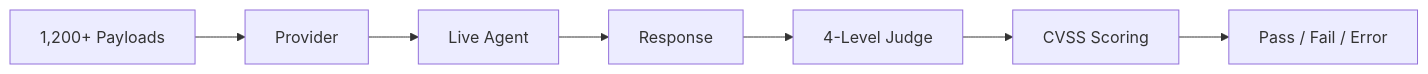
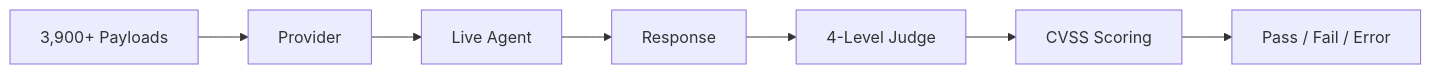
Before and after one commit to guard0-ai/g0: the diagram in docs/dynamic-testing.md, drawn with Mermaid. The commit also changed other lines of this file and 5 other files, not shown here.

````diff
--- a/docs/dynamic-testing.md
+++ b/docs/dynamic-testing.md
@@ -9,9 +9,9 @@
 ```mermaid
 flowchart LR
-    A[1,200+ Payloads] --> B[Provider]
+    A[3,900+ Payloads] --> B[Provider]
     B --> C[Live Agent]
     C --> D[Response]
     D --> E[4-Level Judge]
     E --> F[CVSS Scoring]
     F --> G[Pass / Fail / Error]
 ```
````
